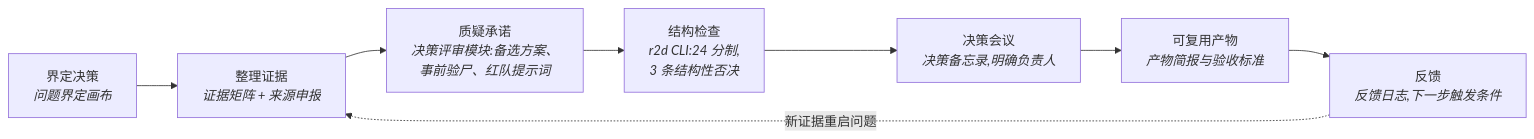
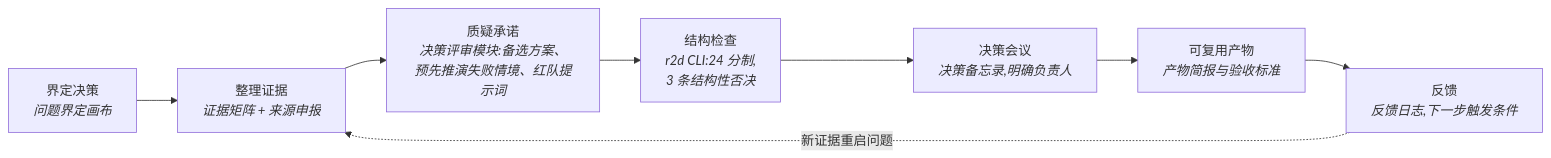
The first of 2 diagrams in README.zh-CN.md (Anonymousyz/research-to-decision-toolkit), drawn with Mermaid before and after one commit. The commit also changed other lines of this file, not shown here.

````diff
--- a/README.zh-CN.md
+++ b/README.zh-CN.md
@@ -36,10 +36,10 @@
 ```mermaid
 flowchart LR
     A["界定决策<br/><i>问题界定画布</i>"] --> B["整理证据<br/><i>证据矩阵 + 来源申报</i>"]
-    B --> C["质疑承诺<br/><i>决策评审模块:备选方案、<br/>事前验尸、红队提示词</i>"]
+    B --> C["质疑承诺<br/><i>决策评审模块:备选方案、<br/>预先推演失败情境、红队提示词</i>"]
     C --> D["结构检查<br/><i>r2d CLI:24 分制,<br/>3 条结构性否决</i>"]
     D --> E["决策会议<br/><i>决策备忘录,明确负责人</i>"]
     E --> F["可复用产物<br/><i>产物简报与验收标准</i>"]
     F --> G["反馈<br/><i>反馈日志,下一步触发条件</i>"]
     G -. "新证据重启问题" .-> B
 ```
````
